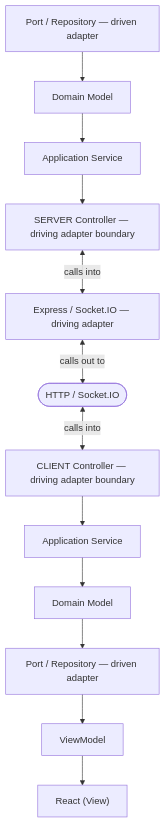
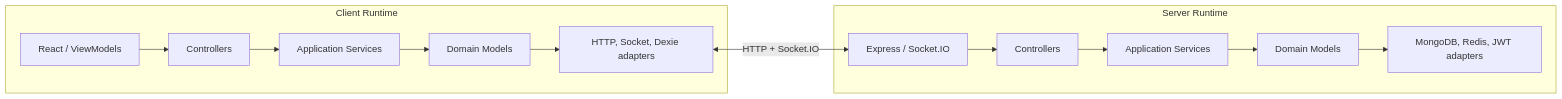
One commit to curtisPene/Echo changed the first of 4 diagrams in README.md. Above: the diagram before and after it, drawn with Mermaid. The commit also changed other lines of this file, not shown here.

````diff
--- a/README.md
+++ b/README.md
@@ -162,25 +329,22 @@
 ```mermaid
-flowchart TB
-    SPort["Port / Repository — driven adapter"]
-    SDom["Domain Model"]
-    SSvc["Application Service"]
-    SCtrl["SERVER Controller — driving adapter boundary"]
-    SAdapter["Express / Socket.IO — driving adapter"]
+flowchart LR
+    subgraph Client["Client Runtime"]
+        React["React / ViewModels"]
+        CController["Controllers"]
+        CService["Application Services"]
+        CDomain["Domain Models"]
+        CAdapters["HTTP, Socket, Dexie adapters"]
+    end
 
-    Wire(["HTTP / Socket.IO"])
+    subgraph Server["Server Runtime"]
+        Express["Express / Socket.IO"]
+        SController["Controllers"]
+        SService["Application Services"]
+        SDomain["Domain Models"]
+        SAdapters["MongoDB, Redis, JWT adapters"]
+    end
 
-    CCtrl["CLIENT Controller — driving adapter boundary"]
-    CSvc["Application Service"]
-    CDom["Domain Model"]
-    CPort["Port / Repository — driven adapter"]
-    CVM["ViewModel"]
-    CView["React (View)"]
-
-    SPort --> SDom --> SSvc --> SCtrl
-    SCtrl <-->|calls into| SAdapter
-    SAdapter <-->|calls out to| Wire
-
-    Wire <-->|calls into| CCtrl
-    CCtrl --> CSvc --> CDom --> CPort
-    CPort --> CVM --> CView
+    React --> CController --> CService --> CDomain --> CAdapters
+    CAdapters <-->|HTTP + Socket.IO| Express
+    Express --> SController --> SService --> SDomain --> SAdapters
 ```
````
